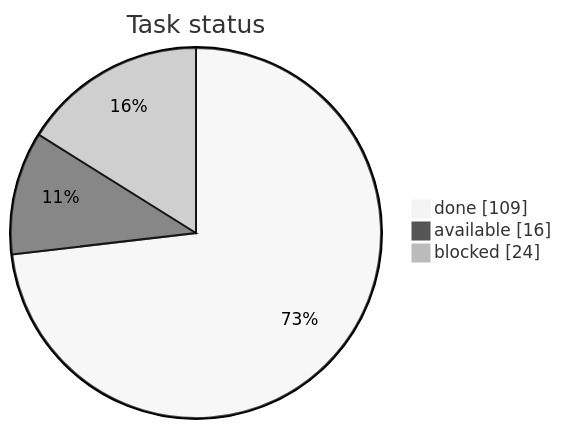
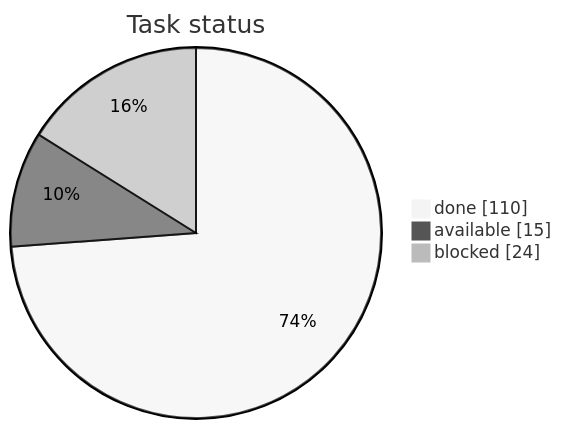
The first of 3 diagrams in STATUS.md (artemiiShabanov/RallyRivals), drawn with Mermaid (neutral theme) before and after one commit. The commit also changed other lines of this file and 1 other file, not shown here.

First line of the commit message:
Tasks: mark art-voxel-environment done

````diff
--- a/STATUS.md
+++ b/STATUS.md
@@ -7,7 +7,7 @@
 ```mermaid
 pie showData
     title Task status
-    "done" : 109
-    "available" : 16
+    "done" : 110
+    "available" : 15
     "blocked" : 24
 ```
````
